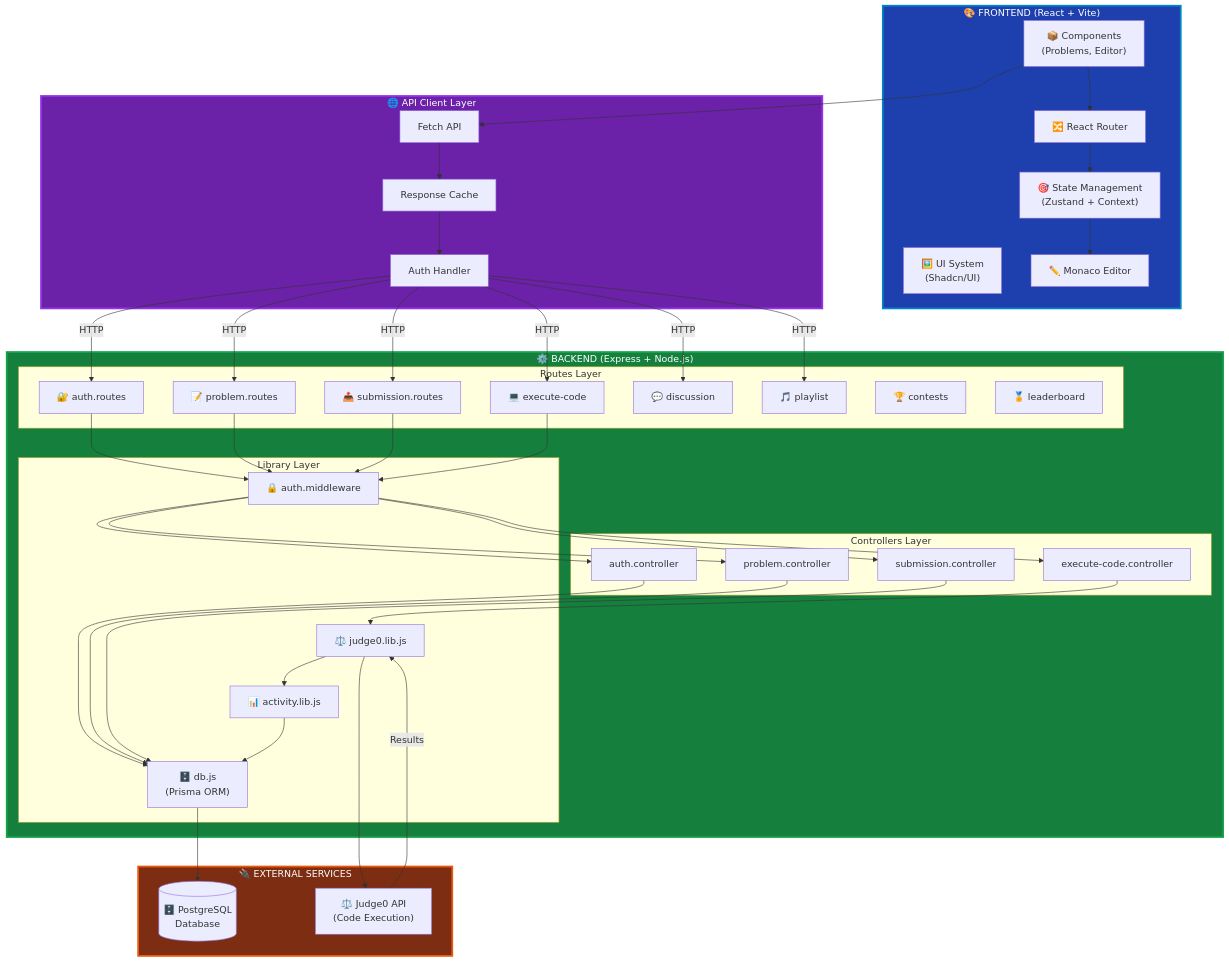
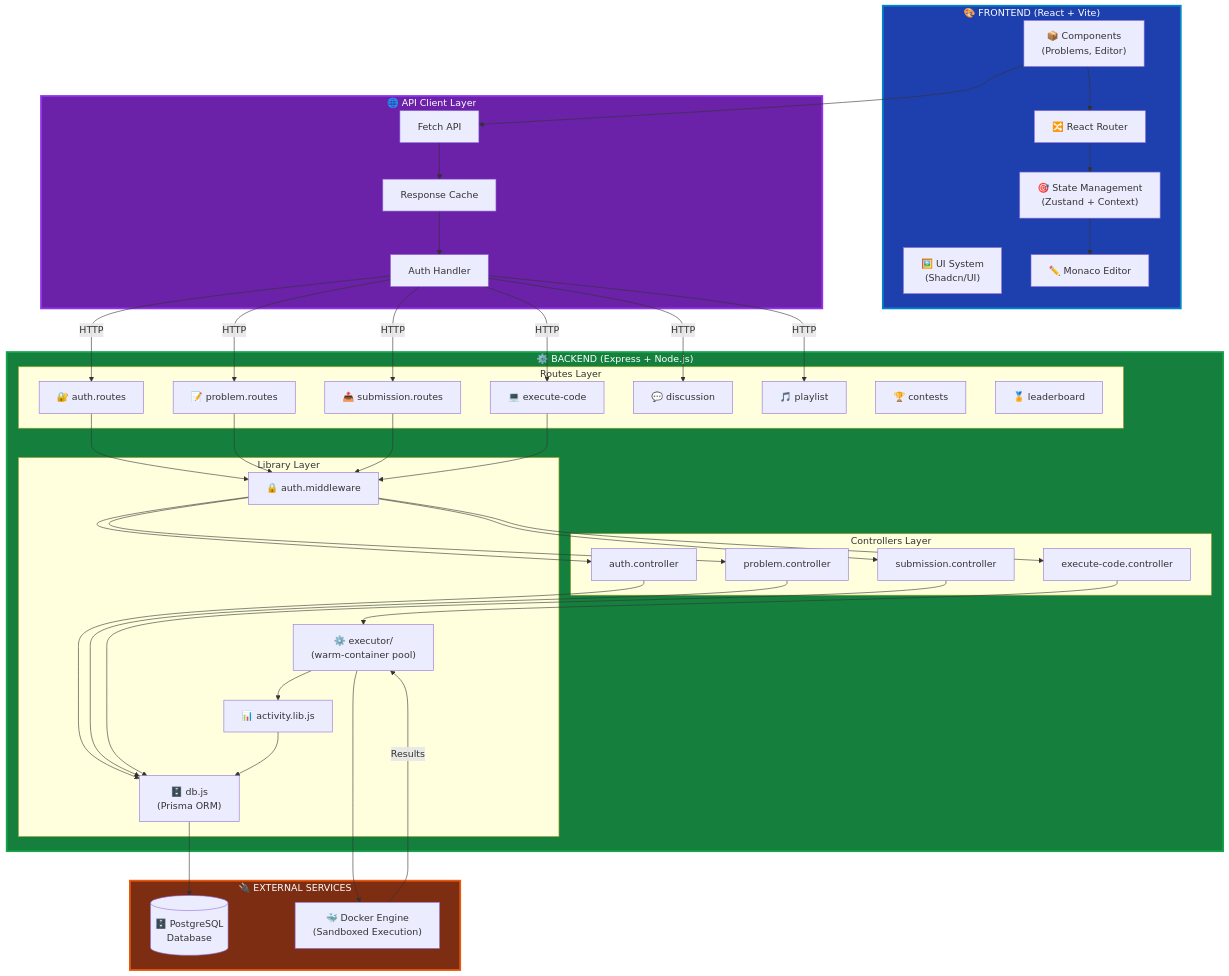
Before and after one commit to Abhinandankaushik/LeetLab: the first of 5 diagrams in README.md, drawn with Mermaid. The commit also changed other lines of this file and 26 other files, not shown here.

Commit message:
removed judge0 and integrated language specific execution engine

```diff
--- a/README.md
+++ b/README.md
@@ -159,7 +159,7 @@
 
         subgraph Libs ["Library Layer"]
             DB["🗄️ db.js<br/>(Prisma ORM)"]
-            Judge0Lib["⚖️ judge0.lib.js"]
+            Executor["⚙️ executor/<br/>(warm-container pool)"]
             ActivityLib["📊 activity.lib.js"]
             AuthMW["🔒 auth.middleware"]
         end
@@ -167,7 +167,7 @@
 
     subgraph External ["🔌 EXTERNAL SERVICES"]
         Postgres[("🗄️ PostgreSQL<br/>Database")]
-        Judge0["⚖️ Judge0 API<br/>(Code Execution)"]
+        Docker["🐳 Docker Engine<br/>(Sandboxed Execution)"]
     end
 
     Components --> Routing
@@ -197,12 +197,12 @@
     AuthC --> DB
     ProblemC --> DB
     SubC --> DB
-    CodeC --> Judge0Lib
-    Judge0Lib --> Judge0
+    CodeC --> Executor
+    Executor --> Docker
     
     DB --> Postgres
-    Judge0 -->|Results| Judge0Lib
-    Judge0Lib --> ActivityLib
+    Docker -->|Results| Executor
+    Executor --> ActivityLib
     ActivityLib --> DB
 
     style Frontend fill:#1e40af,stroke:#0284c7,color:#fff,stroke-width:3px
```
